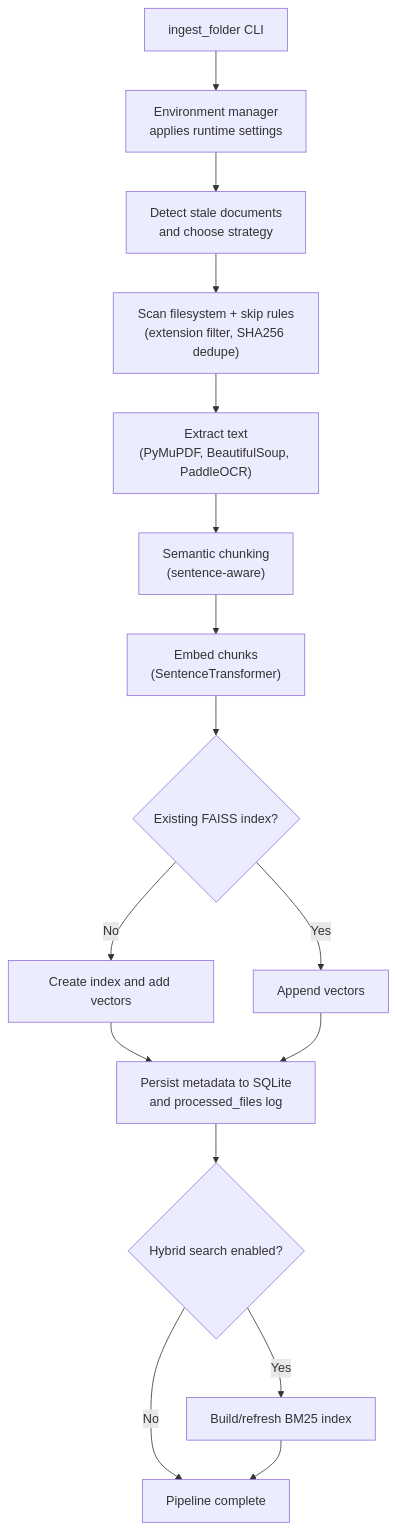
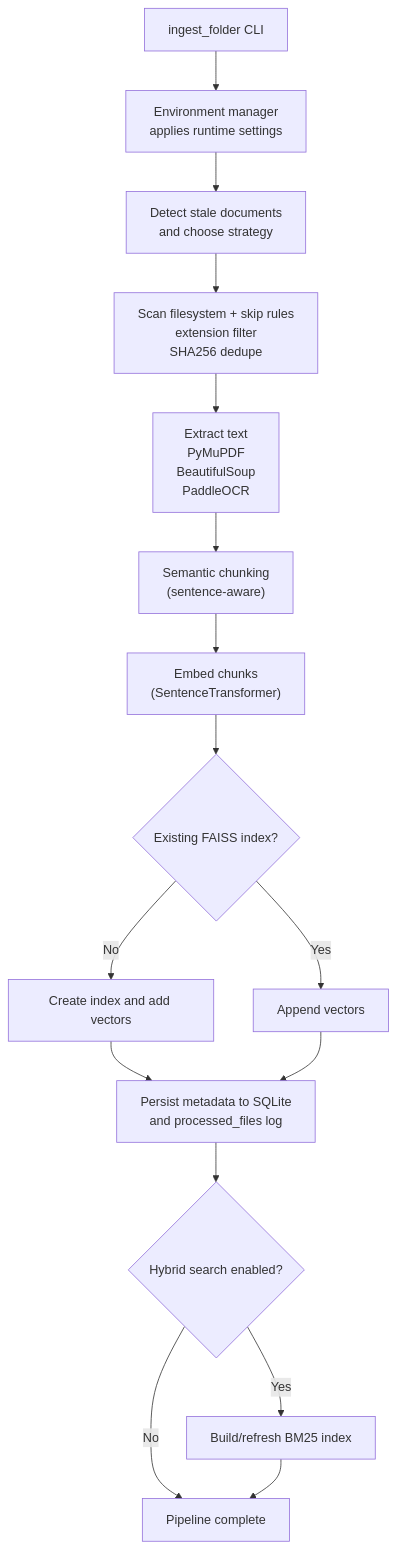
The second of 2 diagrams in README.md (psarno/PyRagix), drawn with Mermaid before and after one commit. The commit also changed other lines of this file, not shown here.

Commit message:
Format mermaid diagrams.

````diff
--- a/README.md
+++ b/README.md
@@ -43,18 +43,18 @@
 ```mermaid
 flowchart TD
     Start["ingest_folder CLI"] --> Env["Environment manager<br/>applies runtime settings"]
     Env --> Stale["Detect stale documents<br/>and choose strategy"]
-    Stale --> Scan["Scan filesystem + skip rules<br/>(extension filter, SHA256 dedupe)"]
-    Scan --> Extract["Extract text<br/>(PyMuPDF, BeautifulSoup, PaddleOCR)"]
+    Stale --> Scan["Scan filesystem + skip rules<br/>extension filter<br/>SHA256 dedupe"]
+    Scan --> Extract["Extract text<br/>PyMuPDF<br/>BeautifulSoup<br/>PaddleOCR"]
     Extract --> Chunk["Semantic chunking<br/>(sentence-aware)"]
     Chunk --> Embed["Embed chunks<br/>(SentenceTransformer)"]
     Embed --> Index{"Existing FAISS index?"}
     Index -->|No| Create["Create index and add vectors"]
     Index -->|Yes| Update["Append vectors"]
     Create --> Persist
     Update --> Persist["Persist metadata to SQLite<br/>and processed_files log"]
     Persist --> Hybrid{"Hybrid search enabled?"}
     Hybrid -->|Yes| BuildBM25["Build/refresh BM25 index"]
     Hybrid -->|No| Done
     BuildBM25 --> Done["Pipeline complete"]
 ```
````
